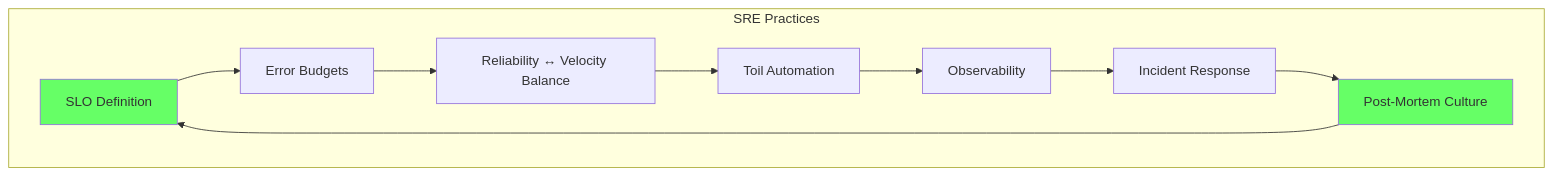
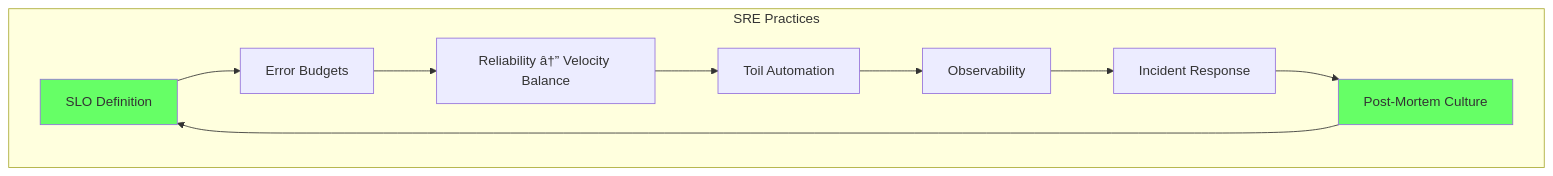
Before and after one commit to Driftloom/Vaeloom: the first of 2 diagrams in Docs/Operations/SRE.md, drawn with Mermaid. The commit also changed other lines of this file and 249 other files, not shown here.

````diff
--- a/Docs/Operations/SRE.md
+++ b/Docs/Operations/SRE.md
@@ -18,15 +18,15 @@
 ```mermaid
 graph TD
     subgraph "SRE Practices"
         SLO[SLO Definition] --> EB[Error Budgets]
-        EB --> Balance[Reliability ↔ Velocity Balance]
+        EB --> Balance[Reliability â†” Velocity Balance]
         Balance --> Automation[Toil Automation]
         Automation --> Observability[Observability]
         Observability --> Incident[Incident Response]
         Incident --> PM[Post-Mortem Culture]
         PM --> SLO
     end
     
     style SLO fill:#6f6
     style PM fill:#6f6
 ```
````
